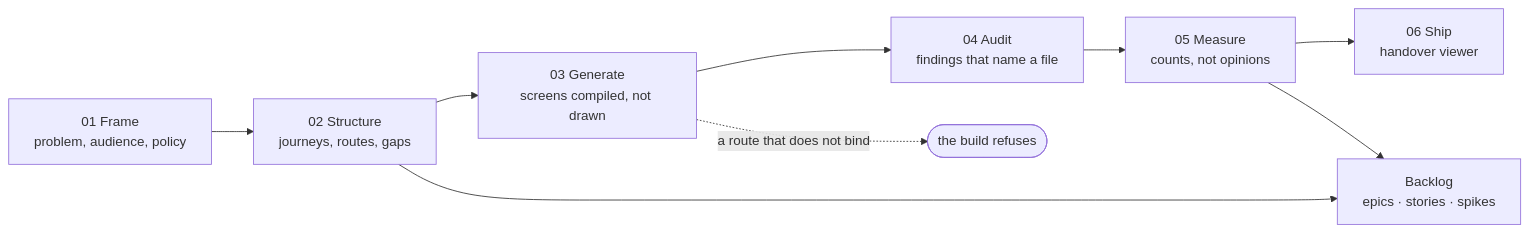
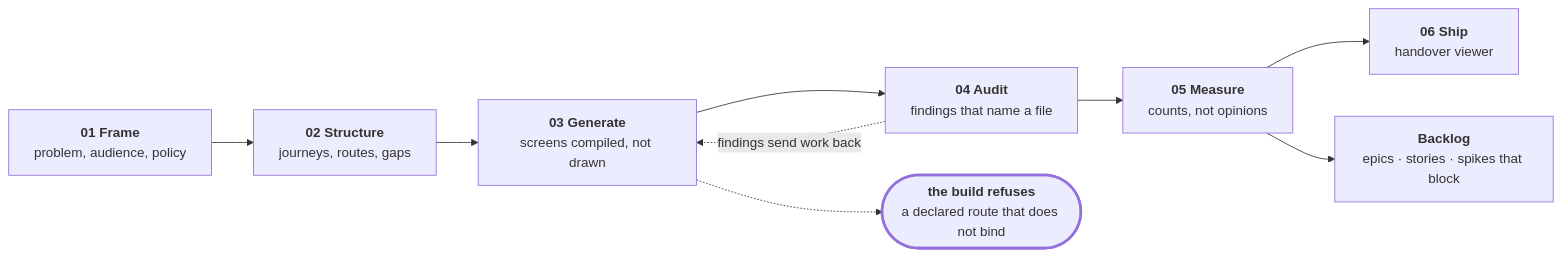
The third of 3 diagrams in README.md (VeghV03/measured-design-skills), drawn with Mermaid before and after one commit. The commit also changed other lines of this file, not shown here.

````diff
--- a/README.md
+++ b/README.md
@@ -233,11 +271,13 @@
 ```mermaid
 flowchart LR
-    F1["01 Frame<br/>problem, audience, policy"] --> F2["02 Structure<br/>journeys, routes, gaps"]
-    F2 --> F3["03 Generate<br/>screens compiled, not drawn"]
-    F3 --> F4["04 Audit<br/>findings that name a file"]
-    F4 --> F5["05 Measure<br/>counts, not opinions"]
-    F5 --> F6["06 Ship<br/>handover viewer"]
-    F3 -. "a route that does not bind" .-> G(["the build refuses"])
-    F2 --> B["Backlog<br/>epics · stories · spikes"]
-    F5 --> B
+    F1["<b>01 Frame</b><br/>problem, audience, policy"] --> F2["<b>02 Structure</b><br/>journeys, routes, gaps"]
+    F2 --> F3["<b>03 Generate</b><br/>screens compiled, not drawn"]
+    F3 --> F4["<b>04 Audit</b><br/>findings that name a file"]
+    F4 --> F5["<b>05 Measure</b><br/>counts, not opinions"]
+    F5 --> F6["<b>06 Ship</b><br/>handover viewer"]
+    F5 --> B["<b>Backlog</b><br/>epics · stories · spikes that block"]
+    F3 -.-> G(["<b>the build refuses</b><br/>a declared route that does not bind"])
+    F4 -. "findings send work back" .-> F3
+    classDef stop stroke-width:3px
+    class G stop
 ```
````
